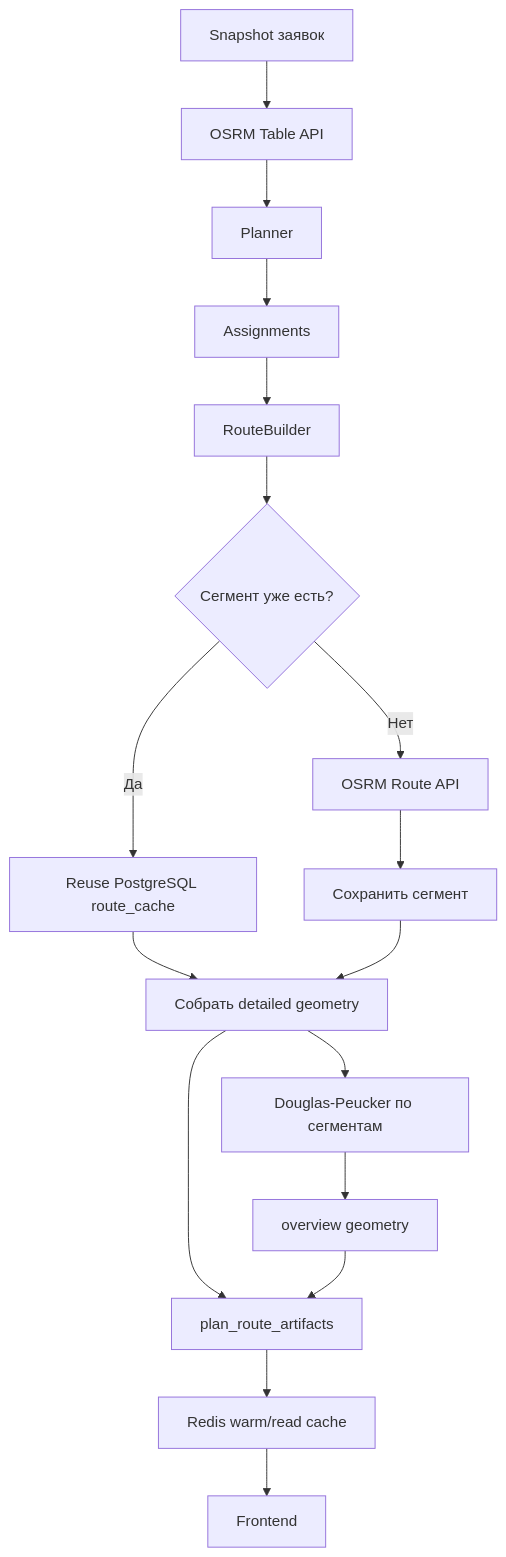
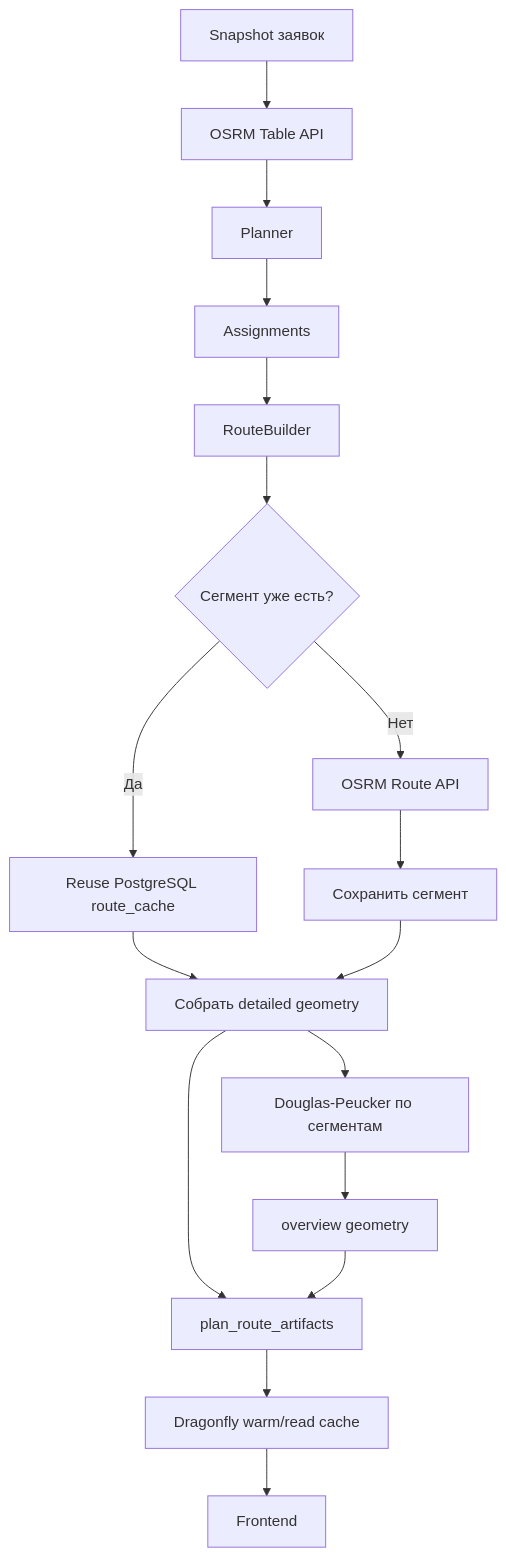
The diagram in backend/docs/routing/VERIFICATION.md (beeline-business-route-planner/project), drawn with Mermaid before and after one commit. The commit also changed other lines of this file and 11 other files, not shown here.

Commit message:
feat(cache): migrate route cache to Dragonfly

````diff
--- a/backend/docs/routing/VERIFICATION.md
+++ b/backend/docs/routing/VERIFICATION.md
@@ -55,19 +55,19 @@
 ```mermaid
 flowchart TD
     A[Snapshot заявок] --> B[OSRM Table API]
     B --> C[Planner]
     C --> D[Assignments]
     D --> E[RouteBuilder]
     E --> F{Сегмент уже есть?}
     F -->|Да| G[Reuse PostgreSQL route_cache]
     F -->|Нет| H[OSRM Route API]
     H --> I[Сохранить сегмент]
     G --> J[Собрать detailed geometry]
     I --> J
     J --> K[Douglas-Peucker по сегментам]
     K --> L[overview geometry]
     J --> M[plan_route_artifacts]
     L --> M
-    M --> N[Redis warm/read cache]
+    M --> N[Dragonfly warm/read cache]
     N --> O[Frontend]
 ```
````
